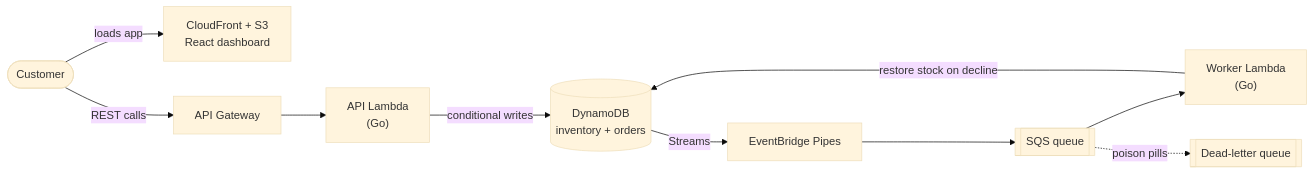
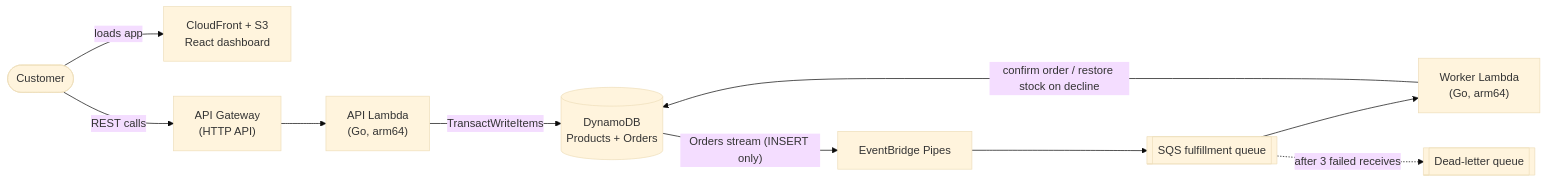
The diagram in README.md (rishon-g/flashcart), drawn with Mermaid (base theme) before and after one commit. The commit also changed other lines of this file, not shown here.

````diff
--- a/README.md
+++ b/README.md
@@ -24,12 +24,12 @@
 ```mermaid
 flowchart LR
     user([Customer]) -->|loads app| web["CloudFront + S3<br/>React dashboard"]
-    user -->|REST calls| apigw[API Gateway]
-    apigw --> api["API Lambda<br/>(Go)"]
-    api -->|conditional writes| db[("DynamoDB<br/>inventory + orders")]
-    db -->|Streams| pipe[EventBridge Pipes]
-    pipe --> queue[["SQS queue"]]
-    queue --> worker["Worker Lambda<br/>(Go)"]
-    worker -->|"restore stock on decline"| db
-    queue -.->|poison pills| dlq[["Dead-letter queue"]]
+    user -->|REST calls| apigw["API Gateway<br/>(HTTP API)"]
+    apigw --> api["API Lambda<br/>(Go, arm64)"]
+    api -->|TransactWriteItems| db[("DynamoDB<br/>Products + Orders")]
+    db -->|"Orders stream (INSERT only)"| pipe[EventBridge Pipes]
+    pipe --> queue[["SQS fulfillment queue"]]
+    queue --> worker["Worker Lambda<br/>(Go, arm64)"]
+    worker -->|"confirm order / restore stock on decline"| db
+    queue -.->|"after 3 failed receives"| dlq[["Dead-letter queue"]]
 ```
````
